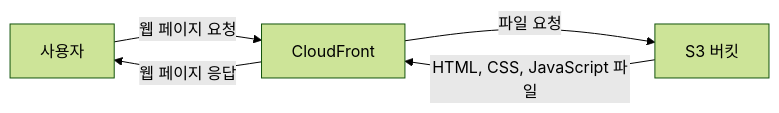
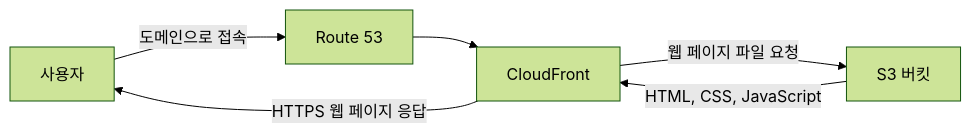
Before and after one commit to sehyeon262/TIL: the diagram in DevOps/aws/06-S3-CloudFront-웹-페이지-배포/README.md, drawn with Mermaid (forest theme). The commit also changed other lines of this file, not shown here.

First line of the commit message:
docs: S3 CloudFront 웹 배포 섹션 README 작성

````diff
--- a/DevOps/aws/06-S3-CloudFront-웹-페이지-배포/README.md
+++ b/DevOps/aws/06-S3-CloudFront-웹-페이지-배포/README.md
@@ -41,7 +40,8 @@
 ```mermaid
 flowchart LR
-    User[사용자] -->|웹 페이지 요청| CloudFront[CloudFront]
-    CloudFront -->|파일 요청| S3[S3 버킷]
-    S3 -->|HTML, CSS, JavaScript 파일| CloudFront
-    CloudFront -->|웹 페이지 응답| User
+    User[사용자] -->|도메인으로 접속| Route53[Route 53]
+    Route53 --> CloudFront[CloudFront]
+    CloudFront -->|웹 페이지 파일 요청| S3[S3 버킷]
+    S3 -->|HTML, CSS, JavaScript| CloudFront
+    CloudFront -->|HTTPS 웹 페이지 응답| User
 ```
````
